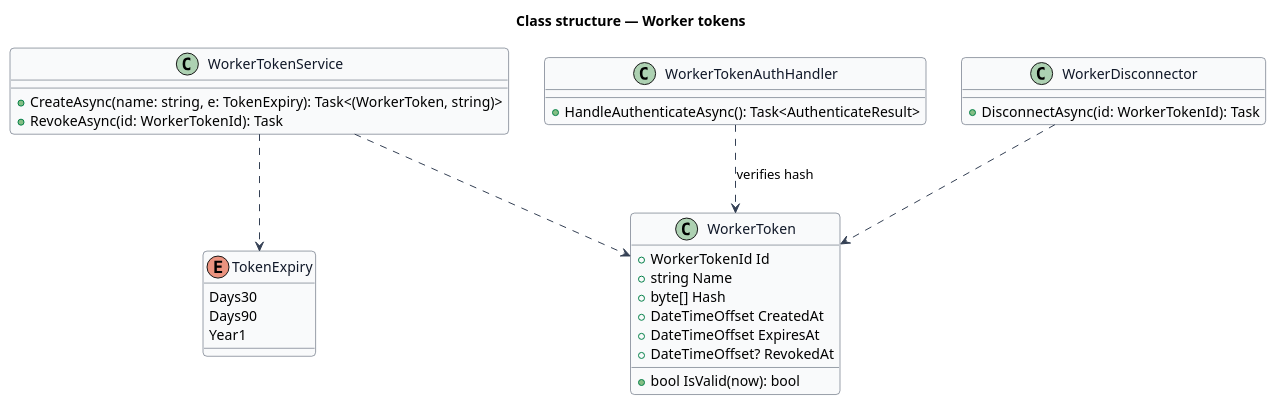
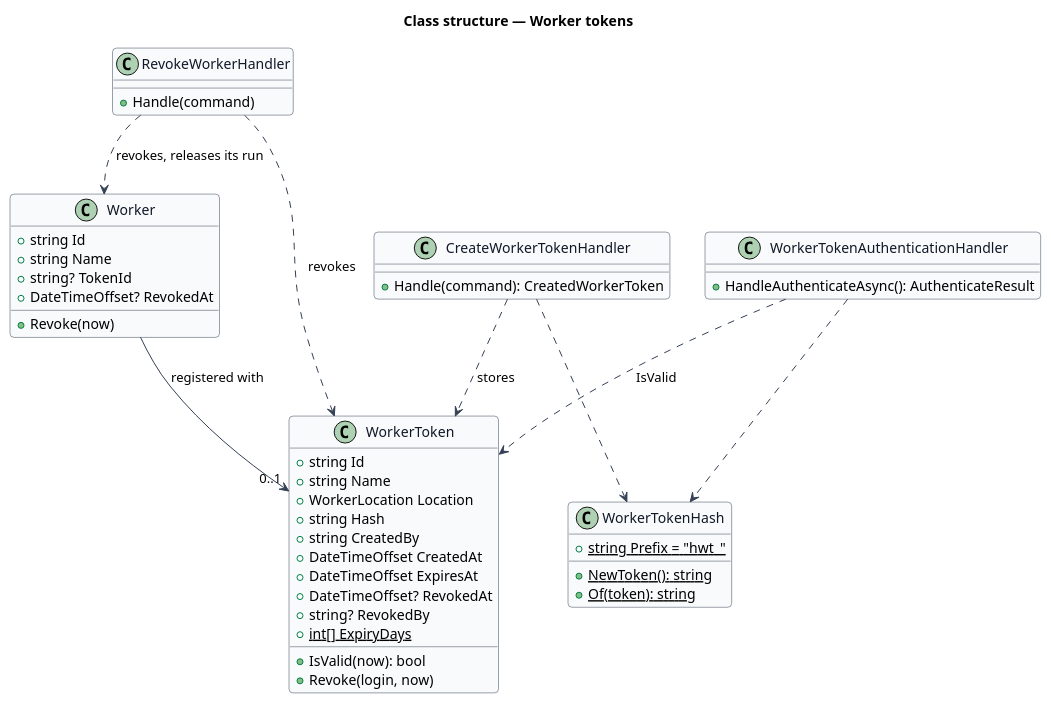
The diagram in docs/detailed-designs/security/worker-tokens/diagrams/class-structure.puml (QuinntyneBrown/hewn), drawn with PlantUML before and after one commit. The commit also changed 65 other files, not shown here.

```diff
--- a/docs/detailed-designs/security/worker-tokens/diagrams/class-structure.puml
+++ b/docs/detailed-designs/security/worker-tokens/diagrams/class-structure.puml
@@ -1,42 +1,56 @@
 @startuml
 skinparam backgroundColor #FFFFFF
 skinparam shadowing false
 skinparam roundcorner 8
 skinparam defaultFontName Arial
 skinparam ArrowColor #344054
 skinparam class {
   BorderColor #344054
   FontColor #101828
   BackgroundColor #F9FAFB
 }
 title Class structure — Worker tokens
 
 class WorkerToken {
-  +WorkerTokenId Id
+  +string Id
   +string Name
-  +byte[] Hash
+  +WorkerLocation Location
+  +string Hash
+  +string CreatedBy
   +DateTimeOffset CreatedAt
   +DateTimeOffset ExpiresAt
   +DateTimeOffset? RevokedAt
-  +bool IsValid(now): bool
+  +string? RevokedBy
+  +IsValid(now): bool
+  +Revoke(login, now)
+  {static} +int[] ExpiryDays
 }
-enum TokenExpiry {
-  Days30
-  Days90
-  Year1
+class Worker {
+  +string Id
+  +string Name
+  +string? TokenId
+  +DateTimeOffset? RevokedAt
+  +Revoke(now)
 }
-class WorkerTokenService {
-  +CreateAsync(name: string, e: TokenExpiry): Task<(WorkerToken, string)>
-  +RevokeAsync(id: WorkerTokenId): Task
+class WorkerTokenHash {
+  {static} +string Prefix = "hwt_"
+  {static} +NewToken(): string
+  {static} +Of(token): string
 }
-class WorkerTokenAuthHandler {
-  +HandleAuthenticateAsync(): Task<AuthenticateResult>
+class CreateWorkerTokenHandler {
+  +Handle(command): CreatedWorkerToken
 }
-class WorkerDisconnector {
-  +DisconnectAsync(id: WorkerTokenId): Task
+class RevokeWorkerHandler {
+  +Handle(command)
 }
-WorkerTokenService ..> WorkerToken
-WorkerTokenService ..> TokenExpiry
-WorkerTokenAuthHandler ..> WorkerToken : verifies hash
-WorkerDisconnector ..> WorkerToken
+class WorkerTokenAuthenticationHandler {
+  +HandleAuthenticateAsync(): AuthenticateResult
+}
+Worker --> "0..1" WorkerToken : registered with
+CreateWorkerTokenHandler ..> WorkerTokenHash
+CreateWorkerTokenHandler ..> WorkerToken : stores
+RevokeWorkerHandler ..> WorkerToken : revokes
+RevokeWorkerHandler ..> Worker : revokes, releases its run
+WorkerTokenAuthenticationHandler ..> WorkerTokenHash
+WorkerTokenAuthenticationHandler ..> WorkerToken : IsValid
 @enduml
```
